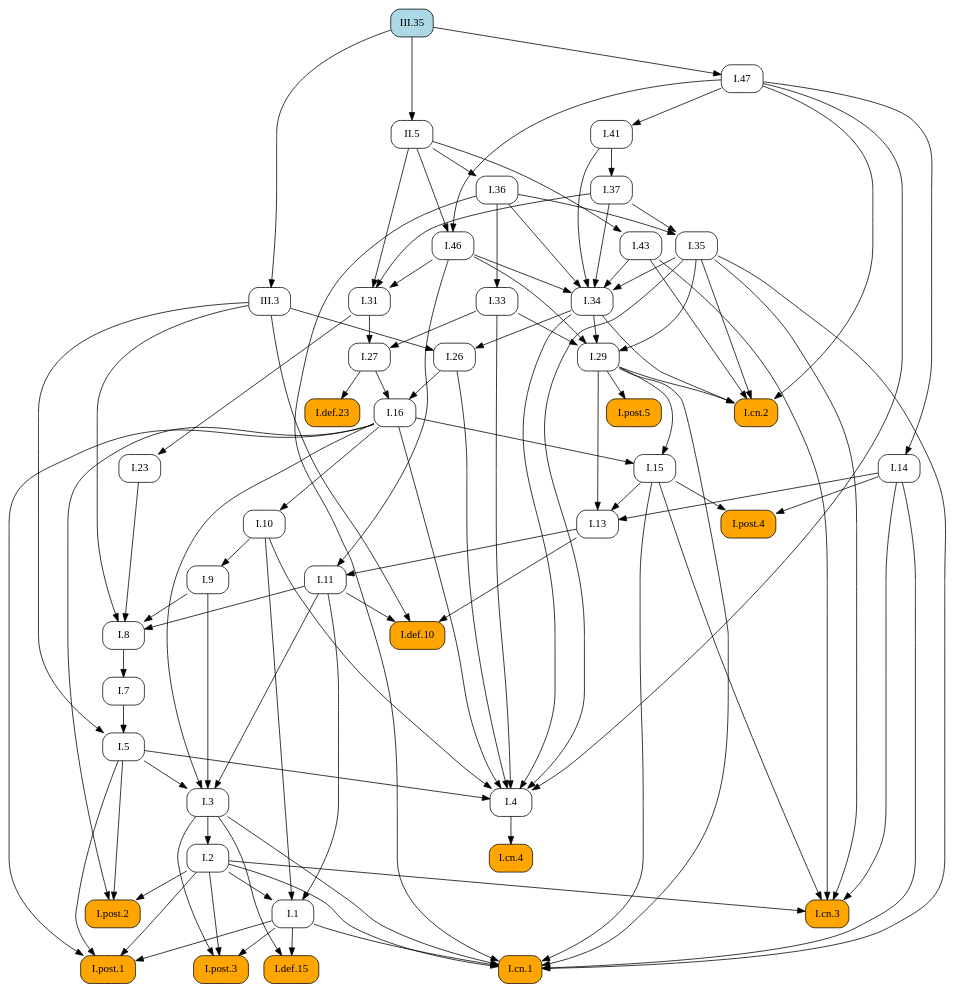
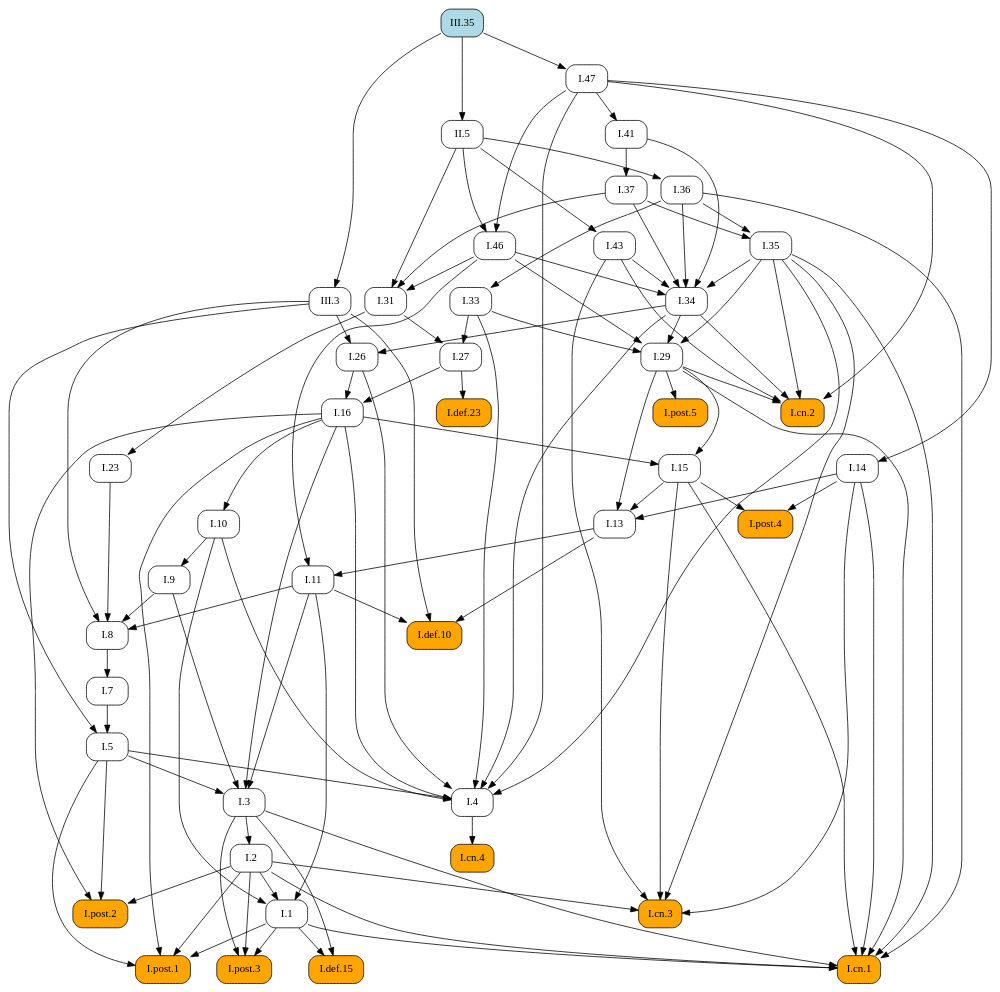
The diagram in docsrc/elements2/III/35/index.rst (geometor/elements), drawn with Graphviz before and after one commit. The commit also changed other lines of this file and 409 other files, not shown here.

First line of the commit message:
feat: Add image cropping and graphic extraction script

```diff
--- a/docsrc/elements2/III/35/index.rst
+++ b/docsrc/elements2/III/35/index.rst
@@ -62,105 +62,71 @@
    digraph {
      rankdir="TB";
      node [shape=box, style=rounded];
+     "I.37" [URL="/elements2/I/37/", target="_top"];
+     "I.43" [URL="/elements2/I/43/", target="_top"];
+     "I.31" [URL="/elements2/I/31/", target="_top"];
+     "I.cn.2" [style="rounded,filled", fillcolor=orange, URL="/elements2/I/cn.2/", target="_top"];
+     "I.41" [URL="/elements2/I/41/", target="_top"];
      "I.8" [URL="/elements2/I/8/", target="_top"];
+     "I.5" [URL="/elements2/I/5/", target="_top"];
+     "I.47" [URL="/elements2/I/47/", target="_top"];
+     "I.15" [URL="/elements2/I/15/", target="_top"];
+     "I.26" [URL="/elements2/I/26/", target="_top"];
+     "I.cn.1" [style="rounded,filled", fillcolor=orange, URL="/elements2/I/cn.1/", target="_top"];
+     "I.7" [URL="/elements2/I/7/", target="_top"];
+     "I.23" [URL="/elements2/I/23/", target="_top"];
+     "III.35" [style="rounded,filled", fillcolor=lightblue, URL="/elements2/III/35/", target="_top"];
+     "I.16" [URL="/elements2/I/16/", target="_top"];
+     "I.35" [URL="/elements2/I/35/", target="_top"];
+     "I.34" [URL="/elements2/I/34/", target="_top"];
+     "I.33" [URL="/elements2/I/33/", target="_top"];
+     "I.def.15" [style="rounded,filled", fillcolor=orange, URL="/elements2/I/def.15/", target="_top"];
      "I.46" [URL="/elements2/I/46/", target="_top"];
+     "I.def.10" [style="rounded,filled", fillcolor=orange, URL="/elements2/I/def.10/", target="_top"];
+     "I.11" [URL="/elements2/I/11/", target="_top"];
+     "I.def.23" [style="rounded,filled", fillcolor=orange, URL="/elements2/I/def.23/", target="_top"];
+     "I.post.5" [style="rounded,filled", fillcolor=orange, URL="/elements2/I/post.5/", target="_top"];
+     "I.3" [URL="/elements2/I/3/", target="_top"];
+     "I.14" [URL="/elements2/I/14/", target="_top"];
+     "I.10" [URL="/elements2/I/10/", target="_top"];
+     "II.5" [URL="/elements2/II/5/", target="_top"];
+     "I.cn.3" [style="rounded,filled", fillcolor=orange, URL="/elements2/I/cn.3/", target="_top"];
+     "I.13" [URL="/elements2/I/13/", target="_top"];
+     "I.4" [URL="/elements2/I/4/", target="_top"];
+     "I.post.3" [style="rounded,filled", fillcolor=orange, URL="/elements2/I/post.3/", target="_top"];
+     "III.3" [URL="/elements2/III/3/", target="_top"];
+     "I.9" [URL="/elements2/I/9/", target="_top"];
+     "I.29" [URL="/elements2/I/29/", target="_top"];
      "I.36" [URL="/elements2/I/36/", target="_top"];
-     "I.47" [URL="/elements2/I/47/", target="_top"];
-     "I.14" [URL="/elements2/I/14/", target="_top"];
      "I.post.1" [style="rounded,filled", fillcolor=orange, URL="/elements2/I/post.1/", target="_top"];
-     "I.33" [URL="/elements2/I/33/", target="_top"];
-     "I.5" [URL="/elements2/I/5/", target="_top"];
-     "I.post.5" [style="rounded,filled", fillcolor=orange, URL="/elements2/I/post.5/", target="_top"];
-     "I.def.10" [style="rounded,filled", fillcolor=orange, URL="/elements2/I/def.10/", target="_top"];
-     "III.3" [URL="/elements2/III/3/", target="_top"];
-     "I.cn.2" [style="rounded,filled", fillcolor=orange, URL="/elements2/I/cn.2/", target="_top"];
-     "I.def.15" [style="rounded,filled", fillcolor=orange, URL="/elements2/I/def.15/", target="_top"];
-     "I.31" [URL="/elements2/I/31/", target="_top"];
-     "I.11" [URL="/elements2/I/11/", target="_top"];
-     "I.43" [URL="/elements2/I/43/", target="_top"];
-     "I.3" [URL="/elements2/I/3/", target="_top"];
+     "I.2" [URL="/elements2/I/2/", target="_top"];
+     "I.27" [URL="/elements2/I/27/", target="_top"];
+     "I.cn.4" [style="rounded,filled", fillcolor=orange, URL="/elements2/I/cn.4/", target="_top"];
+     "I.post.4" [style="rounded,filled", fillcolor=orange, URL="/elements2/I/post.4/", target="_top"];
+     "I.1" [URL="/elements2/I/1/", target="_top"];
      "I.post.2" [style="rounded,filled", fillcolor=orange, URL="/elements2/I/post.2/", target="_top"];
-     "I.def.23" [style="rounded,filled", fillcolor=orange, URL="/elements2/I/def.23/", target="_top"];
-     "I.26" [URL="/elements2/I/26/", target="_top"];
-     "III.35" [style="rounded,filled", fillcolor=lightblue, URL="/elements2/III/35/", target="_top"];
-     "I.cn.3" [style="rounded,filled", fillcolor=orange, URL="/elements2/I/cn.3/", target="_top"];
-     "I.cn.4" [style="rounded,filled", fillcolor=orange, URL="/elements2/I/cn.4/", target="_top"];
-     "I.1" [URL="/elements2/I/1/", target="_top"];
-     "I.7" [URL="/elements2/I/7/", target="_top"];
-     "I.9" [URL="/elements2/I/9/", target="_top"];
-     "II.5" [URL="/elements2/II/5/", target="_top"];
-     "I.cn.1" [style="rounded,filled", fillcolor=orange, URL="/elements2/I/cn.1/", target="_top"];
-     "I.29" [URL="/elements2/I/29/", target="_top"];
-     "I.post.4" [style="rounded,filled", fillcolor=orange, URL="/elements2/I/post.4/", target="_top"];
-     "I.16" [URL="/elements2/I/16/", target="_top"];
-     "I.13" [URL="/elements2/I/13/", target="_top"];
-     "I.41" [URL="/elements2/I/41/", target="_top"];
-     "I.35" [URL="/elements2/I/35/", target="_top"];
-     "I.2" [URL="/elements2/I/2/", target="_top"];
-     "I.37" [URL="/elements2/I/37/", target="_top"];
-     "I.27" [URL="/elements2/I/27/", target="_top"];
-     "I.4" [URL="/elements2/I/4/", target="_top"];
-     "I.10" [URL="/elements2/I/10/", target="_top"];
-     "I.15" [URL="/elements2/I/15/", target="_top"];
-     "I.34" [URL="/elements2/I/34/", target="_top"];
-     "I.23" [URL="/elements2/I/23/", target="_top"];
-     "I.post.3" [style="rounded,filled", fillcolor=orange, URL="/elements2/I/post.3/", target="_top"];
-     "I.9" -> "I.8";
-     "I.11" -> "I.8";
-     "I.23" -> "I.8";
-     "III.3" -> "I.8";
-     "I.47" -> "I.46";
-     "II.5" -> "I.46";
-     "II.5" -> "I.36";
-     "III.35" -> "I.47";
-     "I.47" -> "I.14";
-     "I.1" -> "I.post.1";
-     "I.2" -> "I.post.1";
-     "I.5" -> "I.post.1";
-     "I.16" -> "I.post.1";
-     "I.36" -> "I.33";
-     "I.7" -> "I.5";
-     "III.3" -> "I.5";
-     "I.29" -> "I.post.5";
-     "I.11" -> "I.def.10";
-     "I.13" -> "I.def.10";
-     "III.3" -> "I.def.10";
-     "III.35" -> "III.3";
+     "I.41" -> "I.37";
+     "II.5" -> "I.43";
+     "I.37" -> "I.31";
+     "I.46" -> "I.31";
+     "II.5" -> "I.31";
      "I.29" -> "I.cn.2";
      "I.34" -> "I.cn.2";
      "I.35" -> "I.cn.2";
      "I.43" -> "I.cn.2";
      "I.47" -> "I.cn.2";
-     "I.1" -> "I.def.15";
-     "I.3" -> "I.def.15";
-     "I.37" -> "I.31";
-     "I.46" -> "I.31";
-     "II.5" -> "I.31";
-     "I.13" -> "I.11";
-     "I.46" -> "I.11";
-     "II.5" -> "I.43";
-     "I.5" -> "I.3";
-     "I.9" -> "I.3";
-     "I.11" -> "I.3";
-     "I.16" -> "I.3";
-     "I.2" -> "I.post.2";
-     "I.5" -> "I.post.2";
-     "I.16" -> "I.post.2";
-     "I.27" -> "I.def.23";
+     "I.47" -> "I.41";
+     "I.9" -> "I.8";
+     "I.11" -> "I.8";
+     "I.23" -> "I.8";
+     "III.3" -> "I.8";
+     "I.7" -> "I.5";
+     "III.3" -> "I.5";
+     "III.35" -> "I.47";
+     "I.16" -> "I.15";
+     "I.29" -> "I.15";
      "I.34" -> "I.26";
      "III.3" -> "I.26";
-     "I.2" -> "I.cn.3";
-     "I.14" -> "I.cn.3";
-     "I.15" -> "I.cn.3";
-     "I.35" -> "I.cn.3";
-     "I.43" -> "I.cn.3";
-     "I.4" -> "I.cn.4";
-     "I.2" -> "I.1";
-     "I.10" -> "I.1";
-     "I.11" -> "I.1";
-     "I.8" -> "I.7";
-     "I.10" -> "I.9";
-     "III.35" -> "II.5";
      "I.1" -> "I.cn.1";
      "I.2" -> "I.cn.1";
      "I.3" -> "I.cn.1";
@@ -169,24 +135,45 @@
      "I.29" -> "I.cn.1";
      "I.35" -> "I.cn.1";
      "I.36" -> "I.cn.1";
-     "I.33" -> "I.29";
-     "I.34" -> "I.29";
-     "I.35" -> "I.29";
-     "I.46" -> "I.29";
-     "I.14" -> "I.post.4";
-     "I.15" -> "I.post.4";
+     "I.8" -> "I.7";
+     "I.31" -> "I.23";
      "I.26" -> "I.16";
      "I.27" -> "I.16";
+     "I.36" -> "I.35";
+     "I.37" -> "I.35";
+     "I.35" -> "I.34";
+     "I.36" -> "I.34";
+     "I.37" -> "I.34";
+     "I.41" -> "I.34";
+     "I.43" -> "I.34";
+     "I.46" -> "I.34";
+     "I.36" -> "I.33";
+     "I.1" -> "I.def.15";
+     "I.3" -> "I.def.15";
+     "I.47" -> "I.46";
+     "II.5" -> "I.46";
+     "I.11" -> "I.def.10";
+     "I.13" -> "I.def.10";
+     "III.3" -> "I.def.10";
+     "I.13" -> "I.11";
+     "I.46" -> "I.11";
+     "I.27" -> "I.def.23";
+     "I.29" -> "I.post.5";
+     "I.5" -> "I.3";
+     "I.9" -> "I.3";
+     "I.11" -> "I.3";
+     "I.16" -> "I.3";
+     "I.47" -> "I.14";
+     "I.16" -> "I.10";
+     "III.35" -> "II.5";
+     "I.2" -> "I.cn.3";
+     "I.14" -> "I.cn.3";
+     "I.15" -> "I.cn.3";
+     "I.35" -> "I.cn.3";
+     "I.43" -> "I.cn.3";
      "I.14" -> "I.13";
      "I.15" -> "I.13";
      "I.29" -> "I.13";
-     "I.47" -> "I.41";
-     "I.36" -> "I.35";
-     "I.37" -> "I.35";
-     "I.3" -> "I.2";
-     "I.41" -> "I.37";
-     "I.31" -> "I.27";
-     "I.33" -> "I.27";
      "I.5" -> "I.4";
      "I.10" -> "I.4";
      "I.16" -> "I.4";
@@ -195,17 +182,30 @@
      "I.34" -> "I.4";
      "I.35" -> "I.4";
      "I.47" -> "I.4";
-     "I.16" -> "I.10";
-     "I.16" -> "I.15";
-     "I.29" -> "I.15";
-     "I.35" -> "I.34";
-     "I.36" -> "I.34";
-     "I.37" -> "I.34";
-     "I.41" -> "I.34";
-     "I.43" -> "I.34";
-     "I.46" -> "I.34";
-     "I.31" -> "I.23";
      "I.1" -> "I.post.3";
      "I.2" -> "I.post.3";
      "I.3" -> "I.post.3";
+     "III.35" -> "III.3";
+     "I.10" -> "I.9";
+     "I.33" -> "I.29";
+     "I.34" -> "I.29";
+     "I.35" -> "I.29";
+     "I.46" -> "I.29";
+     "II.5" -> "I.36";
+     "I.1" -> "I.post.1";
+     "I.2" -> "I.post.1";
+     "I.5" -> "I.post.1";
+     "I.16" -> "I.post.1";
+     "I.3" -> "I.2";
+     "I.31" -> "I.27";
+     "I.33" -> "I.27";
+     "I.4" -> "I.cn.4";
+     "I.14" -> "I.post.4";
+     "I.15" -> "I.post.4";
+     "I.2" -> "I.1";
+     "I.10" -> "I.1";
+     "I.11" -> "I.1";
+     "I.2" -> "I.post.2";
+     "I.5" -> "I.post.2";
+     "I.16" -> "I.post.2";
    }
```
